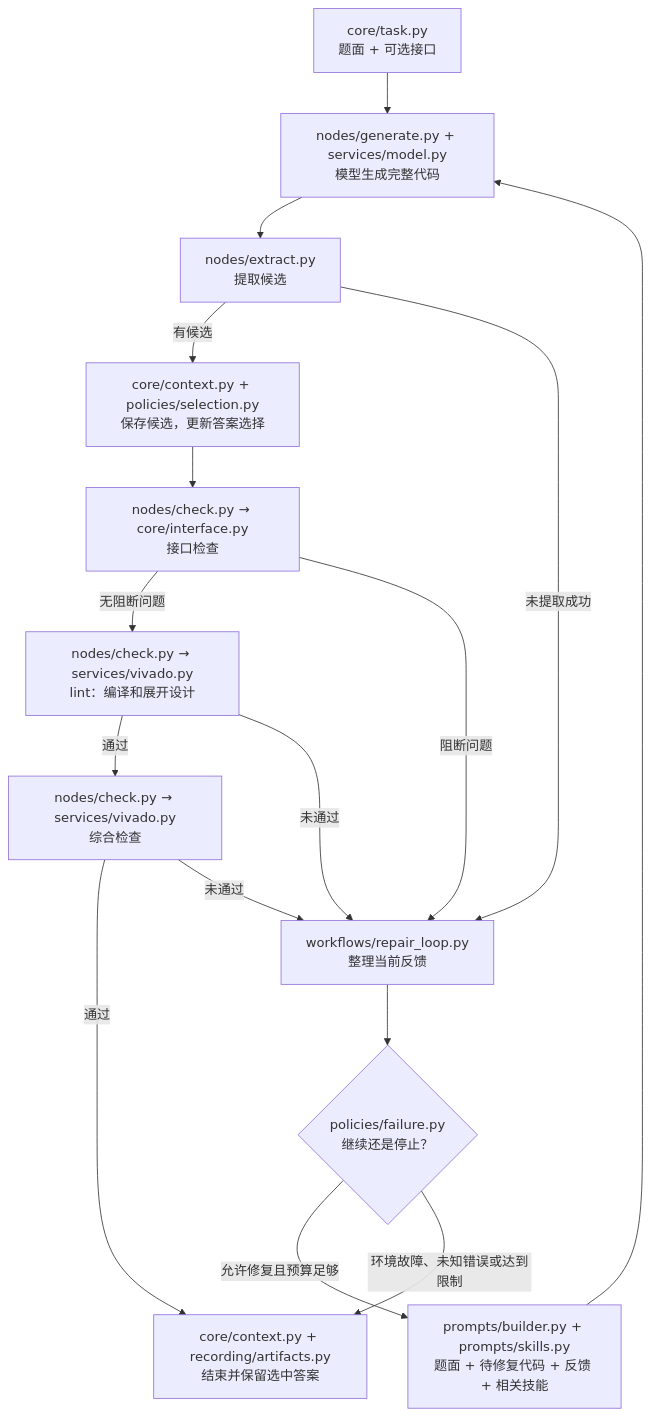
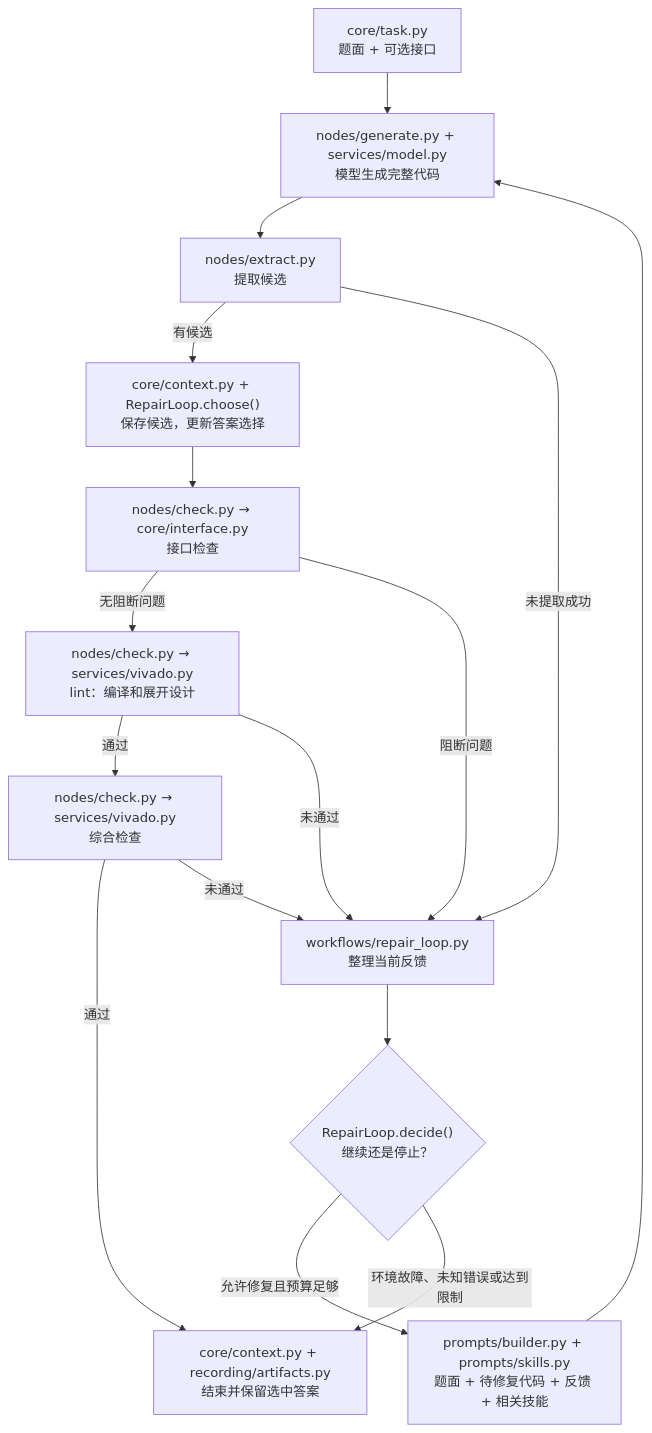
Before and after one commit to gugugu531/43240_rtlagent: the fourth of 4 diagrams in 43240-agent/dev/docs/user-manual.md, drawn with Mermaid. The commit also changed other lines of this file and 14 other files, not shown here.

Commit message:
refactor(agent): move selection and failure decisions into workflows

````diff
--- a/43240-agent/dev/docs/user-manual.md
+++ b/43240-agent/dev/docs/user-manual.md
@@ -301,22 +301,22 @@
 ```mermaid
 flowchart TD
     A["core/task.py<br/>题面 + 可选接口"] --> B["nodes/generate.py + services/model.py<br/>模型生成完整代码"]
     B --> C["nodes/extract.py<br/>提取候选"]
-    C -- 有候选 --> D["core/context.py + policies/selection.py<br/>保存候选，更新答案选择"]
+    C -- 有候选 --> D["core/context.py + RepairLoop.choose()<br/>保存候选，更新答案选择"]
     C -- 未提取成功 --> X["workflows/repair_loop.py<br/>整理当前反馈"]
 
     D --> E["nodes/check.py → core/interface.py<br/>接口检查"]
     E -- 无阻断问题 --> F["nodes/check.py → services/vivado.py<br/>lint：编译和展开设计"]
     E -- 阻断问题 --> X
 
     F -- 通过 --> G["nodes/check.py → services/vivado.py<br/>综合检查"]
     F -- 未通过 --> X
 
     G -- 通过 --> H["core/context.py + recording/artifacts.py<br/>结束并保留选中答案"]
     G -- 未通过 --> X
 
-    X --> Y{"policies/failure.py<br/>继续还是停止？"}
+    X --> Y{"RepairLoop.decide()<br/>继续还是停止？"}
     Y -- 允许修复且预算足够 --> R["prompts/builder.py + prompts/skills.py<br/>题面 + 待修复代码 + 反馈 + 相关技能"]
     R --> B
     Y -- 环境故障、未知错误或达到限制 --> H
 ```
````
